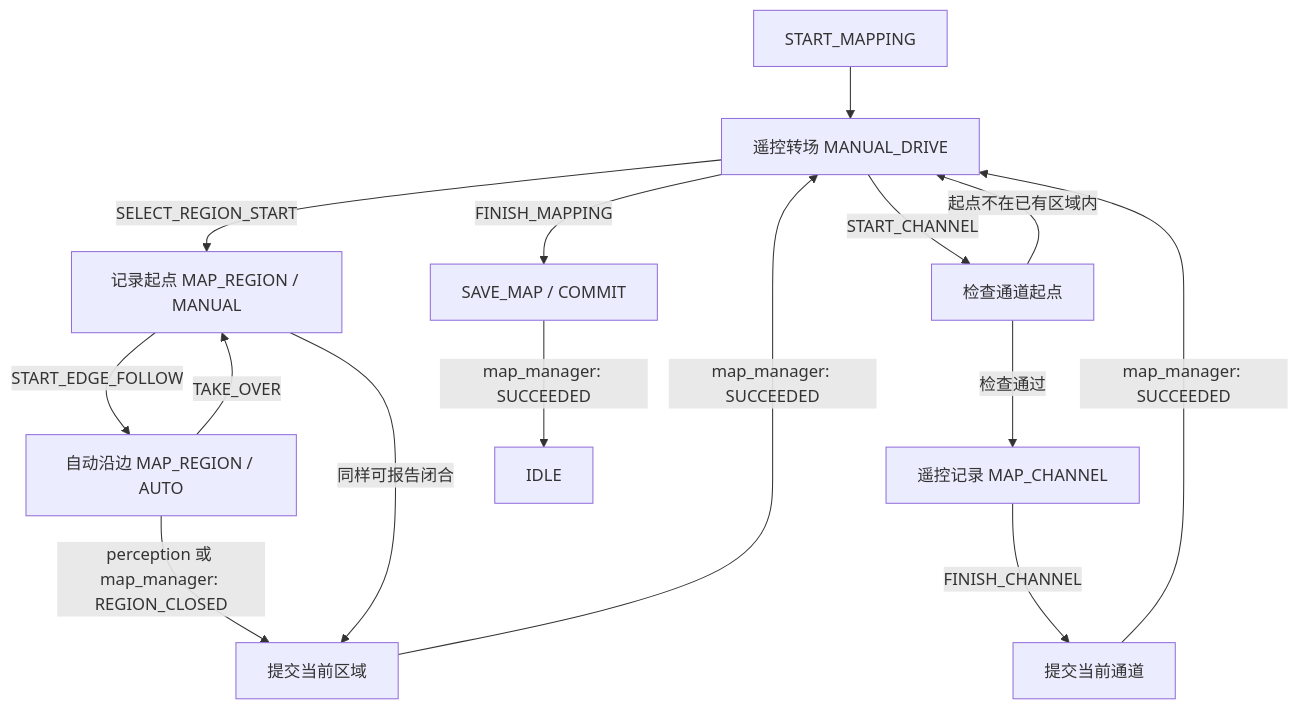
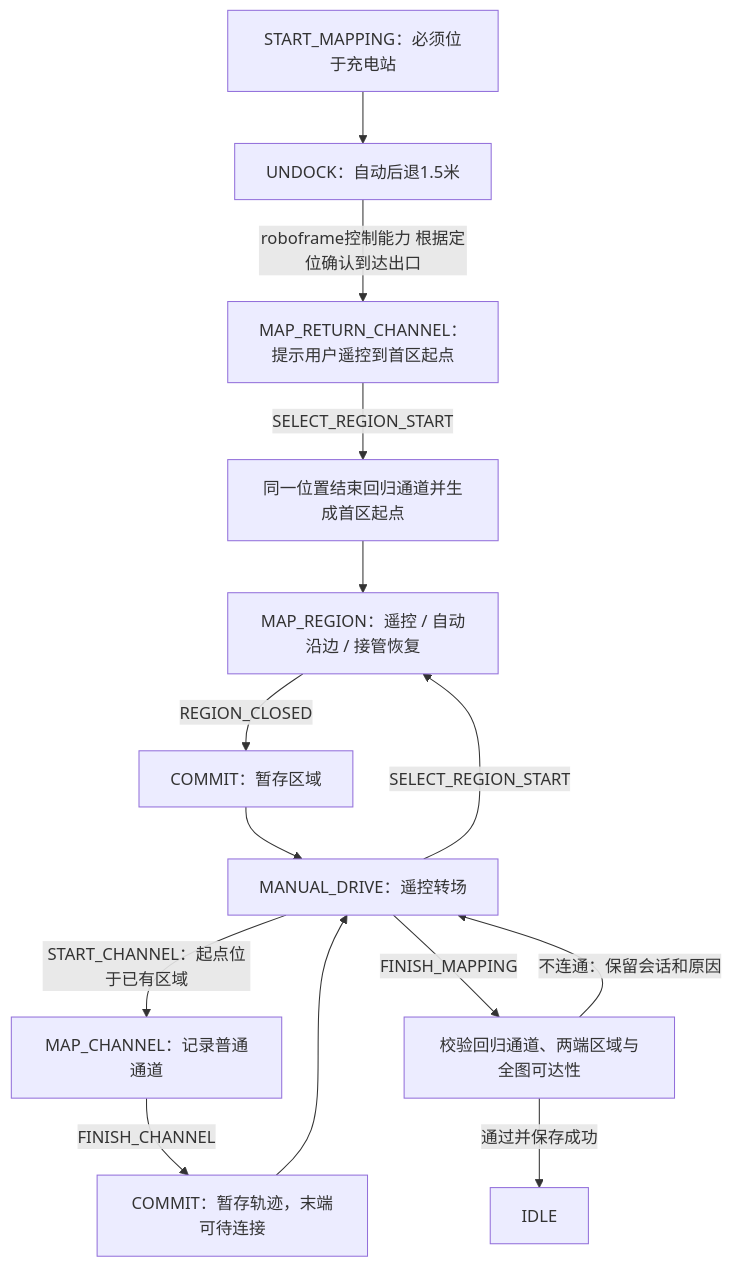
Before and after one commit to PU-UP/robotic-mower: the diagram in brain/MAPPING.md, drawn with Mermaid. The commit also changed other lines of this file and 38 other files, not shown here.

````diff
--- a/brain/MAPPING.md
+++ b/brain/MAPPING.md
@@ -5,17 +5,16 @@
 ```mermaid
 flowchart TD
-    A[START_MAPPING] --> B[遥控转场 MANUAL_DRIVE]
-    B -->|SELECT_REGION_START| C[记录起点 MAP_REGION / MANUAL]
-    C -->|START_EDGE_FOLLOW| D[自动沿边 MAP_REGION / AUTO]
-    D -->|TAKE_OVER| C
-    D -->|perception 或 map_manager: REGION_CLOSED| E[提交当前区域]
-    C -->|同样可报告闭合| E
-    E -->|map_manager: SUCCEEDED| B
-    B -->|START_CHANNEL| F[检查通道起点]
-    F -->|起点不在已有区域内| B
-    F -->|检查通过| G[遥控记录 MAP_CHANNEL]
-    G -->|FINISH_CHANNEL| H[提交当前通道]
-    H -->|map_manager: SUCCEEDED| B
-    B -->|FINISH_MAPPING| I[SAVE_MAP / COMMIT]
-    I -->|map_manager: SUCCEEDED| J[IDLE]
+    A[START_MAPPING：必须位于充电站] --> B[UNDOCK：自动后退1.5米]
+    B -->|roboframe控制能力 根据定位确认到达出口| C[MAP_RETURN_CHANNEL：提示用户遥控到首区起点]
+    C -->|SELECT_REGION_START| D[同一位置结束回归通道并生成首区起点]
+    D --> E[MAP_REGION：遥控 / 自动沿边 / 接管恢复]
+    E -->|REGION_CLOSED| F[COMMIT：暂存区域]
+    F --> G[MANUAL_DRIVE：遥控转场]
+    G -->|START_CHANNEL：起点位于已有区域| H[MAP_CHANNEL：记录普通通道]
+    H -->|FINISH_CHANNEL| I[COMMIT：暂存轨迹，末端可待连接]
+    I --> G
+    G -->|SELECT_REGION_START| E
+    G -->|FINISH_MAPPING| J[校验回归通道、两端区域与全图可达性]
+    J -->|通过并保存成功| K[IDLE]
+    J -->|不连通：保留会话和原因| G
 ```
````
